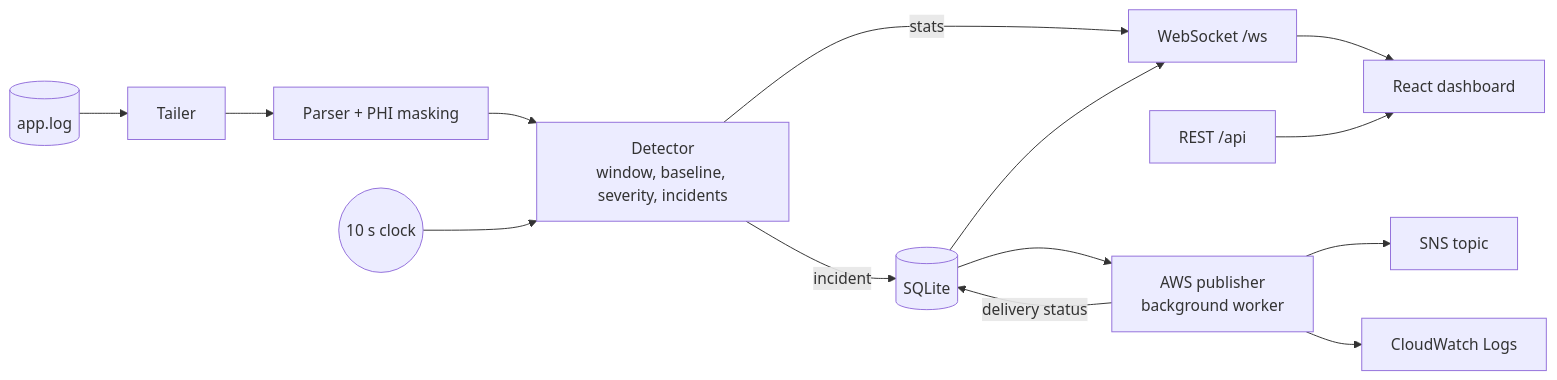
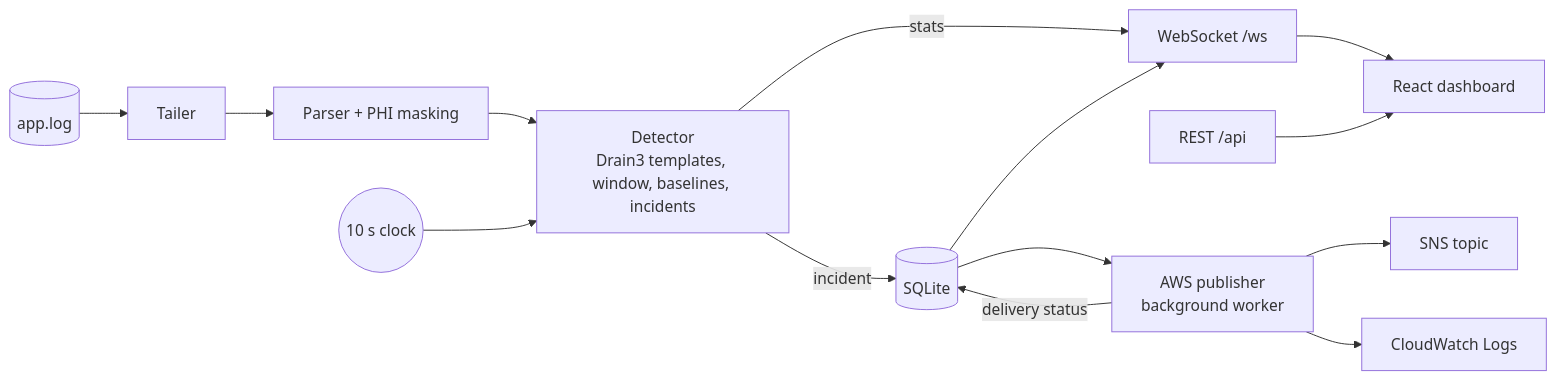
The diagram in README.md (panshularora/Acentra_HackForgeAI), drawn with Mermaid before and after one commit. The commit also changed other lines of this file and 2 other files, not shown here.

Commit message:
docs: explain template-aware detection and the severity tier rule

````diff
--- a/README.md
+++ b/README.md
@@ -30,16 +30,16 @@
 ```mermaid
 flowchart LR
     log[(app.log)] --> tailer[Tailer]
     tailer --> parser[Parser + PHI masking]
-    parser --> detector[Detector<br/>window, baseline, severity, incidents]
+    parser --> detector[Detector<br/>Drain3 templates, window, baselines, incidents]
     clock((10 s clock)) --> detector
     detector -->|stats| ws[WebSocket /ws]
     detector -->|incident| store[(SQLite)]
     store --> ws
     store --> publisher[AWS publisher<br/>background worker]
     publisher --> sns[SNS topic]
     publisher --> cw[CloudWatch Logs]
     publisher -->|delivery status| store
     ws --> ui[React dashboard]
     rest[REST /api] --> ui
 ```
````
